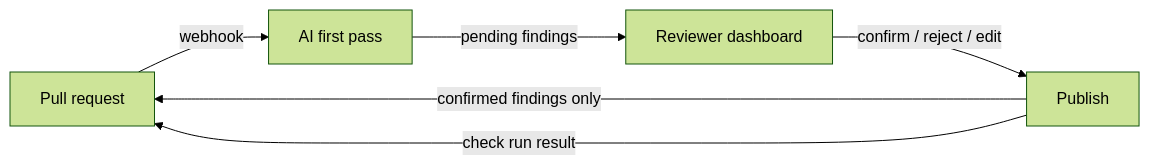
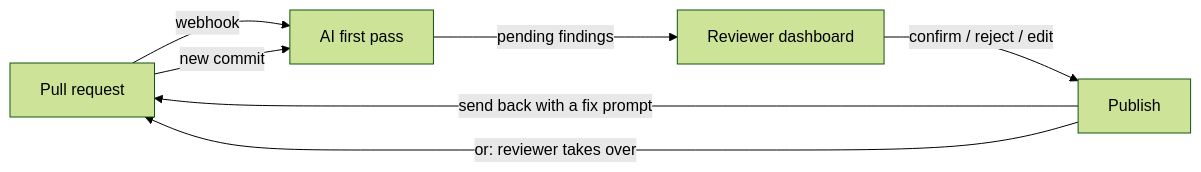
The diagram in README.md (Changliu53/second-look), drawn with Mermaid (forest theme) before and after one commit. The commit also changed other lines of this file and 39 other files, not shown here.

````diff
--- a/README.md
+++ b/README.md
@@ -18,8 +19,9 @@
 ```mermaid
 flowchart LR
     PR[Pull request] -->|webhook| Review[AI first pass]
     Review -->|pending findings| Dash[Reviewer dashboard]
     Dash -->|confirm / reject / edit| Publish[Publish]
-    Publish -->|confirmed findings only| PR
-    Publish -->|check run result| PR
+    Publish -->|send back with a fix prompt| PR
+    Publish -->|or: reviewer takes over| PR
+    PR -->|new commit| Review
 ```
````
